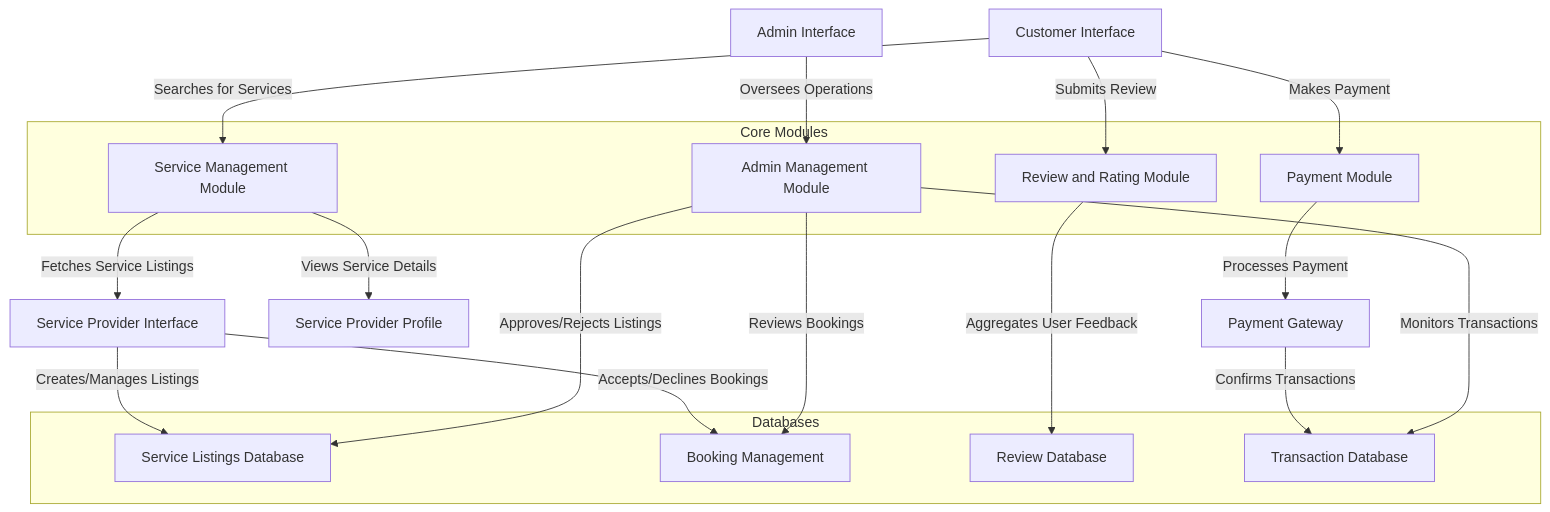
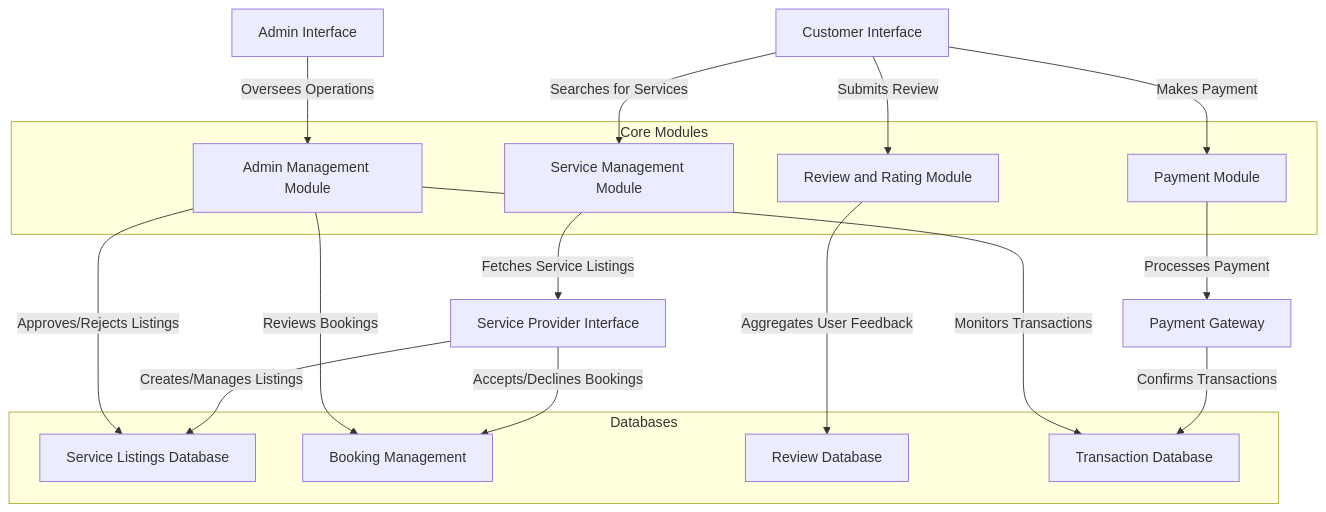
One commit to alanph7/Networkk-Project-Final changed the diagram in architectural diagram.md. Above: the diagram before and after it, drawn with Mermaid.

Commit message:
Update architectural diagram.md

````diff
--- a/architectural diagram.md
+++ b/architectural diagram.md
@@ -1,36 +1,36 @@
 ```mermaid
 graph TD
     A[Customer Interface] -->|Searches for Services| B[Service Management Module]
     A -->|Makes Payment| C[Payment Module]
     A -->|Submits Review| D[Review and Rating Module]
 
     B -->|Fetches Service Listings| E[Service Provider Interface]
-    B -->|Views Service Details| F[Service Provider Profile]
+    E -->|Creates/Manages Listings| F[Service Listings Database]
+    E -->|Accepts/Declines Bookings| G[Booking Management]
 
-    E -->|Creates/Manages Listings| G[Service Listings Database]
-    E -->|Accepts/Declines Bookings| H[Booking Management]
+    D -->|Aggregates User Feedback| H[Review Database]
 
-    D -->|Aggregates User Feedback| I[Review Database]
+    C -->|Processes Payment| I[Payment Gateway]
+    I -->|Confirms Transactions| J[Transaction Database]
 
-    C -->|Processes Payment| J[Payment Gateway]
-    J -->|Confirms Transactions| K[Transaction Database]
-
-    Admin[Admin Interface] -->|Oversees Operations| L[Admin Management Module]
-    L -->|Approves/Rejects Listings| G
-    L -->|Monitors Transactions| K
-    L -->|Reviews Bookings| H
+    Admin[Admin Interface] -->|Oversees Operations| K[Admin Management Module]
+    K -->|Approves/Rejects Listings| F
+    K -->|Monitors Transactions| J
+    K -->|Reviews Bookings| G
 
     subgraph "Core Modules"
         B
         C
         D
-        L
+        K
     end
 
     subgraph "Databases"
+        F
         G
         H
-        I
-        K
+        J
     end
+
+
 ```
````
